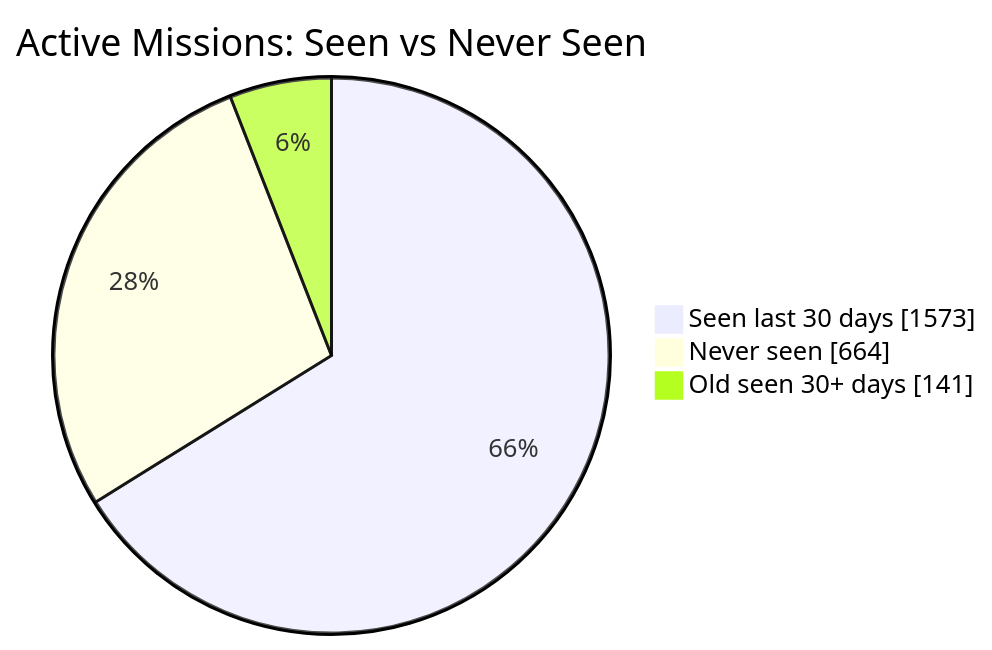
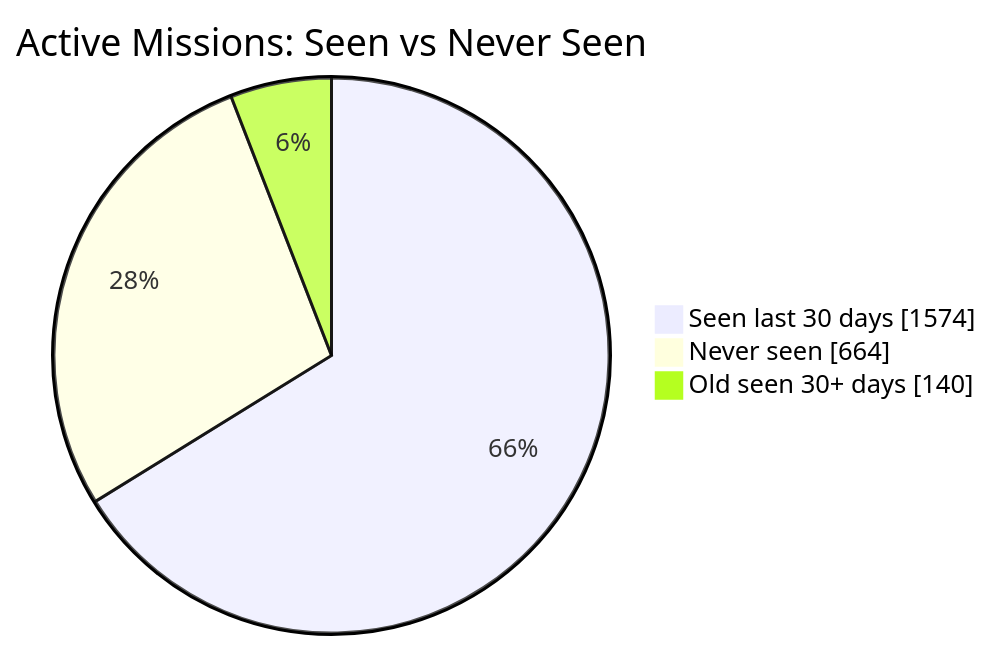
One commit to MeldkamerspelGameTeam/active-missions changed the first of 2 diagrams in README.md. Above: the diagram before and after it, drawn with Mermaid. The commit also changed other lines of this file and 2 other files, not shown here.

````diff
--- a/README.md
+++ b/README.md
@@ -34,7 +34,7 @@
 ```mermaid
 pie showData
     title Active Missions: Seen vs Never Seen
-    "Seen last 30 days" : 1573
+    "Seen last 30 days" : 1574
     "Never seen" : 664
-    "Old seen 30+ days" : 141
+    "Old seen 30+ days" : 140
 ```
````
